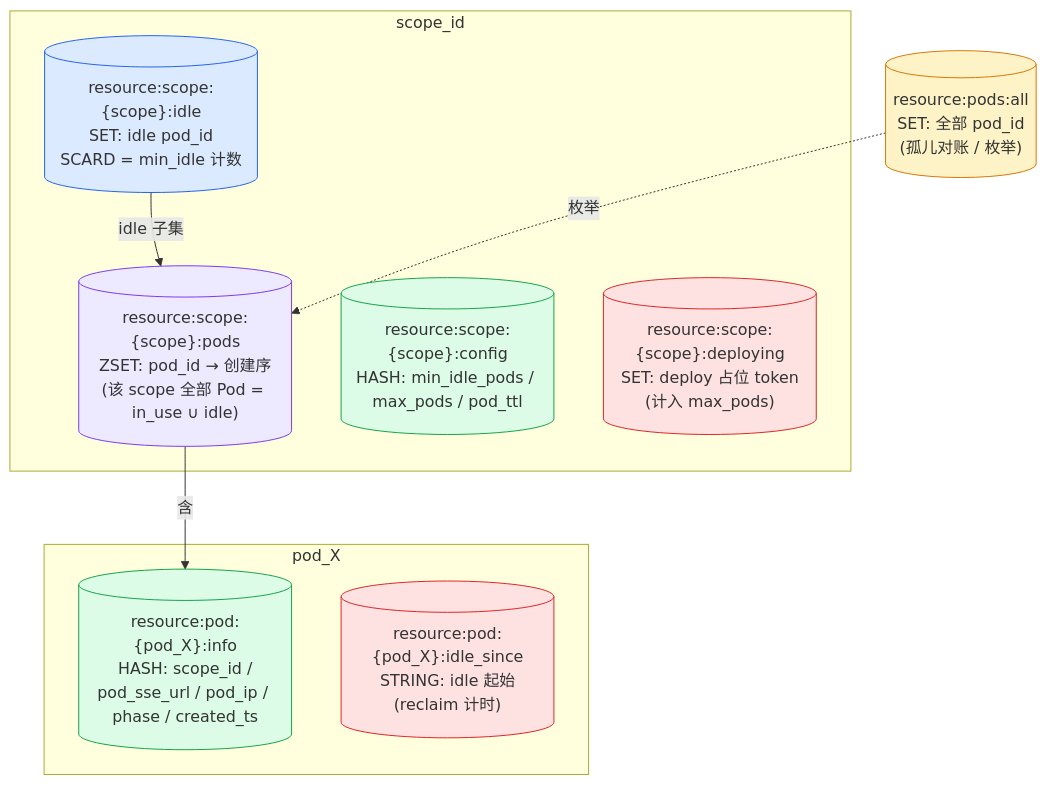
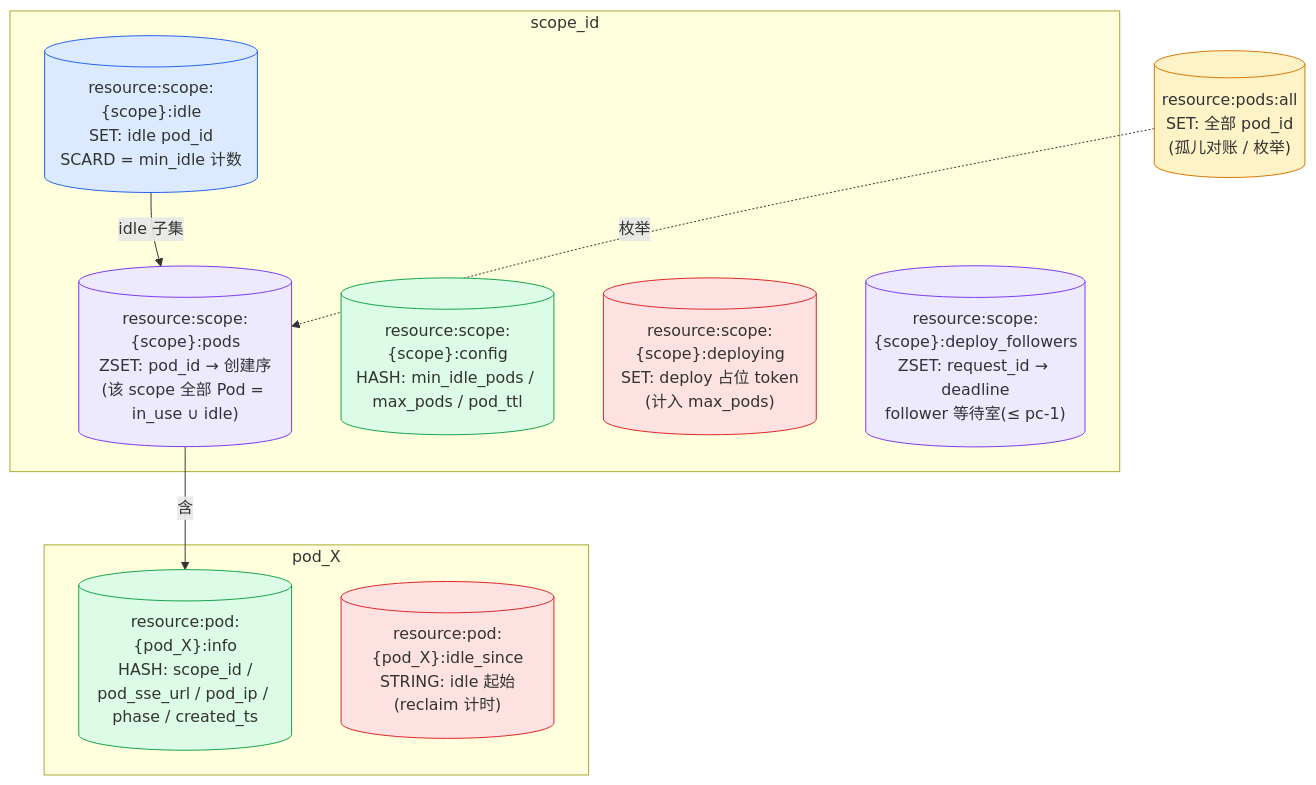
Before and after one commit to openJiuwen-ai/agent-runtime: the seventh of 21 diagrams in docs/design/Agent-Runtime-HLD.md, drawn with Mermaid. The commit also changed other lines of this file and 12 other files, not shown here.

First line of the commit message:
feat(rm): deploy 锁输家改为 follower 等待室——跨副本冷竞争零多余 Pod(M8)

````diff
--- a/docs/design/Agent-Runtime-HLD.md
+++ b/docs/design/Agent-Runtime-HLD.md
@@ -373,26 +373,27 @@
 ```mermaid
 flowchart TB
     subgraph SCOPE["scope_id"]
         SP[("resource:scope:{scope}:pods<br/>ZSET: pod_id → 创建序<br/>(该 scope 全部 Pod = in_use ∪ idle)")]:::zset
         SI[("resource:scope:{scope}:idle<br/>SET: idle pod_id<br/>SCARD = min_idle 计数")]:::set
         SCFG[("resource:scope:{scope}:config<br/>HASH: min_idle_pods / max_pods / pod_ttl")]:::hash
         SD[("resource:scope:{scope}:deploying<br/>SET: deploy 占位 token<br/>(计入 max_pods)")]:::str
+        SDF[("resource:scope:{scope}:deploy_followers<br/>ZSET: request_id → deadline<br/>follower 等待室(≤ pc-1)")]:::zset
     end
 
     subgraph POD["pod_X"]
         PI[("resource:pod:{pod_X}:info<br/>HASH: scope_id /<br/>pod_sse_url / pod_ip / phase / created_ts")]:::hash
         PIS[("resource:pod:{pod_X}:idle_since<br/>STRING: idle 起始<br/>(reclaim 计时)")]:::str
     end
 
     PA[("resource:pods:all<br/>SET: 全部 pod_id<br/>(孤儿对账 / 枚举)")]:::global
 
     SP -->|"含"| PI
     SI -->|"idle 子集"| SP
     PA -.->|"枚举"| SP
 
     classDef global fill:#fef3c7,stroke:#d97706;
     classDef set fill:#dbeafe,stroke:#2563eb;
     classDef zset fill:#ede9fe,stroke:#7c3aed;
     classDef hash fill:#dcfce7,stroke:#16a34a;
     classDef str fill:#fee2e2,stroke:#dc2626;
 ```
````
